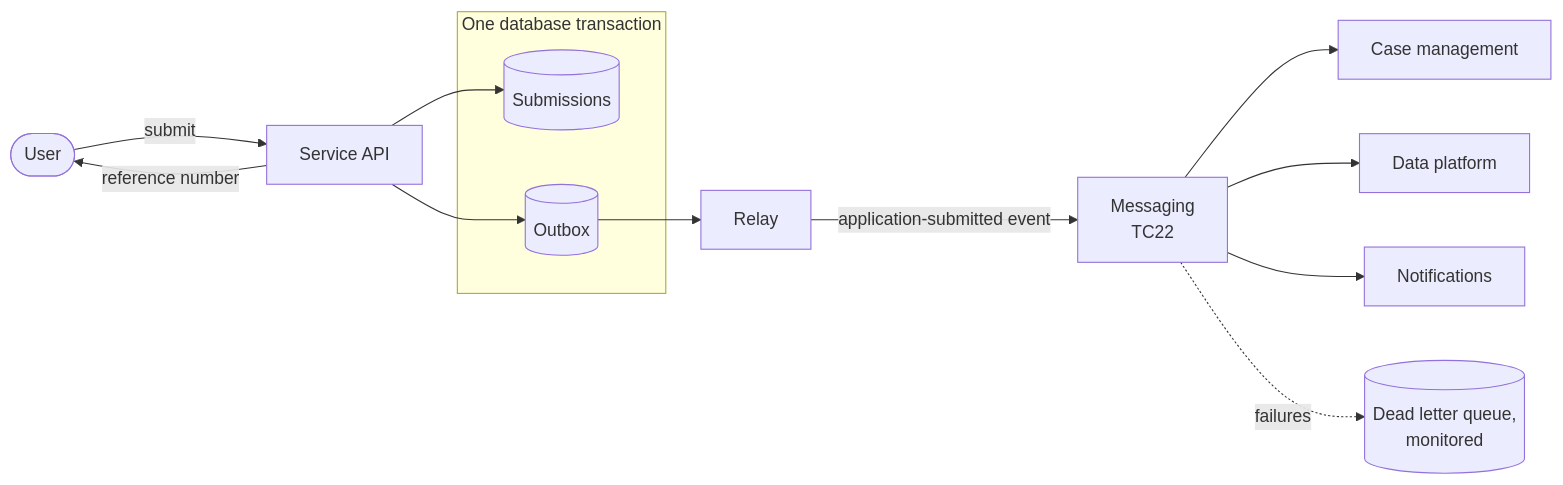
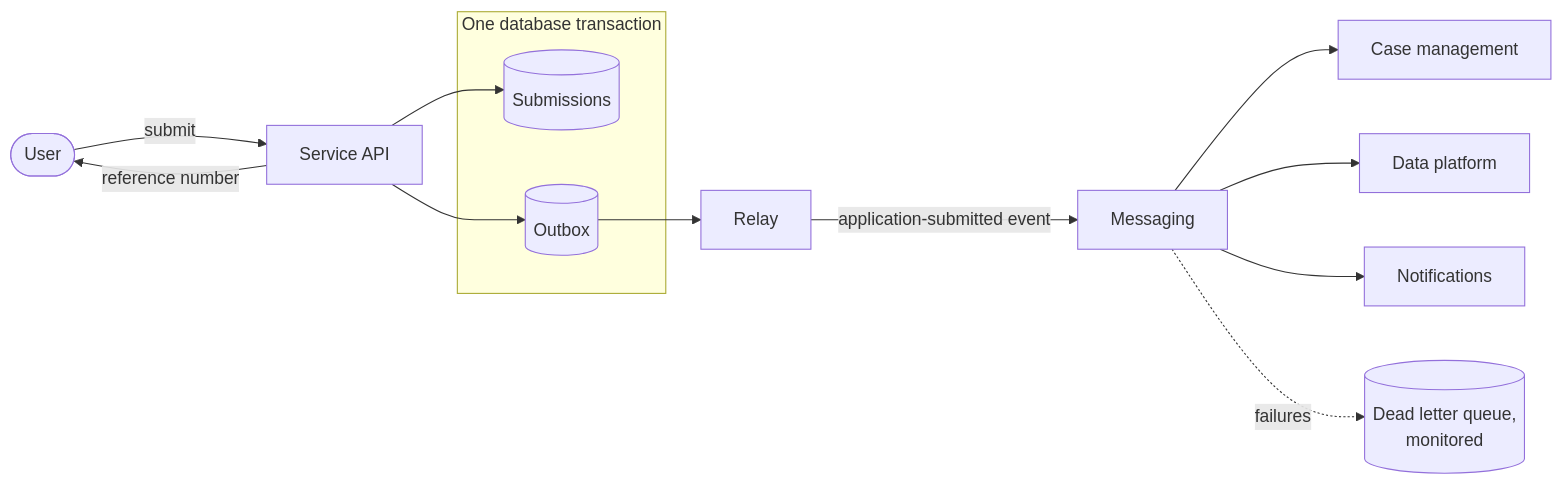
Before and after one commit to DEFRA/architecture: the diagram in docs/patterns/async-submission.md, drawn with Mermaid. The commit also changed 33 other files, not shown here.

````diff
--- a/docs/patterns/async-submission.md
+++ b/docs/patterns/async-submission.md
@@ -25,19 +25,19 @@
 ```mermaid
 flowchart LR
     accTitle: Asynchronous submission with an outbox
     accDescr: The user submits to the service API, which saves the submission and an outbox record in one transaction and confirms to the user. A relay reads the outbox and publishes an event to messaging. Case management, the data platform and notifications each consume the event independently. Failed messages go to a dead letter queue that is monitored.
     U(["User"]) -->|"submit"| API["Service API"]
     subgraph TX["One database transaction"]
         S[("Submissions")]
         O[("Outbox")]
     end
     API --> S
     API --> O
     API -->|"reference number"| U
     O --> R["Relay"]
-    R -->|"application-submitted event"| M["Messaging<br/>TC22"]
+    R -->|"application-submitted event"| M["Messaging"]
     M --> C["Case management"]
     M --> D["Data platform"]
     M --> N["Notifications"]
     M -.->|"failures"| DLQ[("Dead letter queue,<br/>monitored")]
 ```
````
